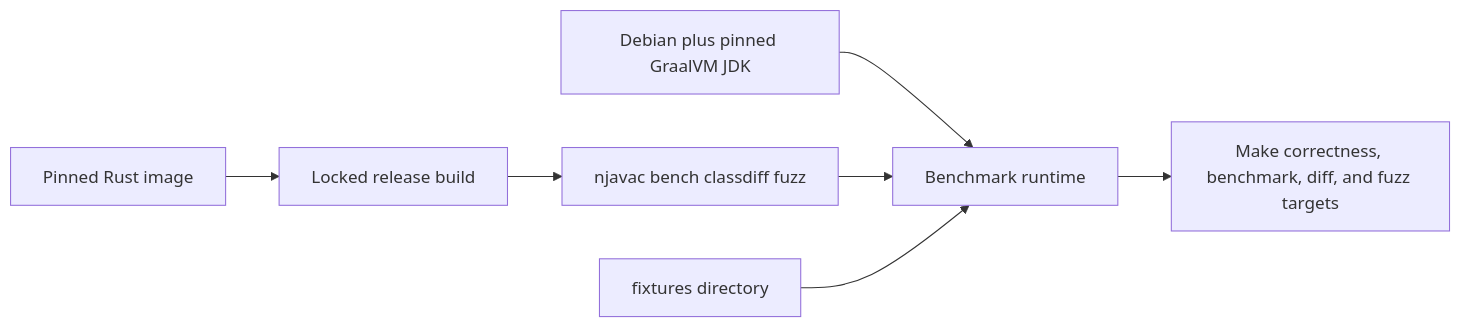
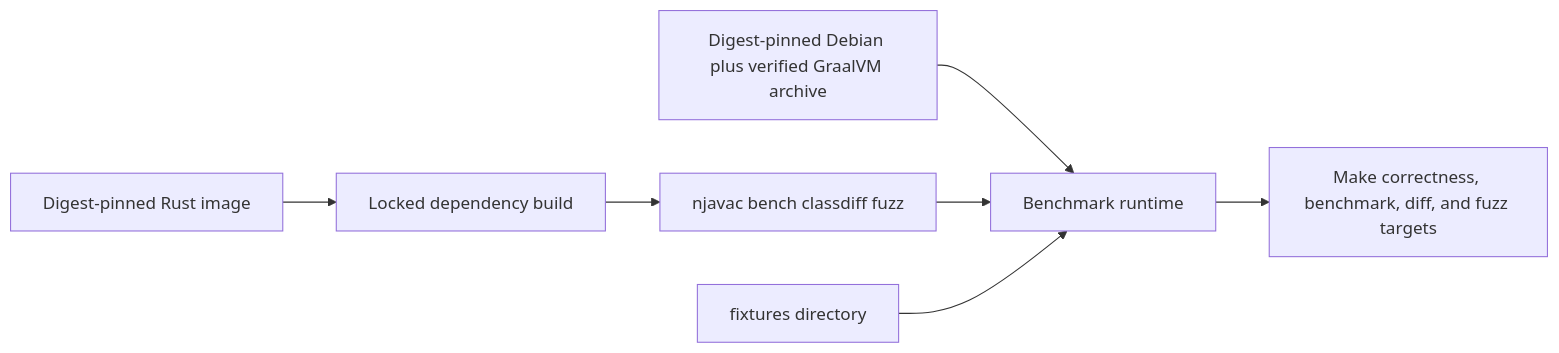
One commit to VitorNathanG/njavac changed the diagram in docs/src/tooling/docker-and-ci.md. Above: the diagram before and after it, drawn with Mermaid. The commit also changed other lines of this file and 51 other files, not shown here.

````diff
--- a/docs/src/tooling/docker-and-ci.md
+++ b/docs/src/tooling/docker-and-ci.md
@@ -11,9 +12,9 @@
 ```mermaid
 flowchart LR
-    JDK[Debian plus pinned GraalVM JDK] --> Runtime[Benchmark runtime]
-    Rust[Pinned Rust image] --> Build[Locked release build]
+    JDK[Digest-pinned Debian plus verified GraalVM archive] --> Runtime[Benchmark runtime]
+    Rust[Digest-pinned Rust image] --> Build[Locked dependency build]
     Build --> Binaries[njavac bench classdiff fuzz]
     Binaries --> Runtime
     Fixtures[fixtures directory] --> Runtime
     Runtime --> Gates[Make correctness, benchmark, diff, and fuzz targets]
 ```
````
